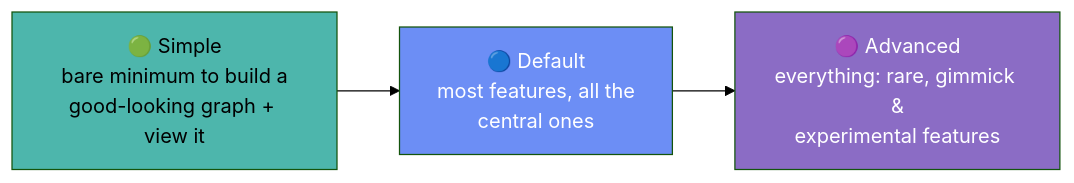
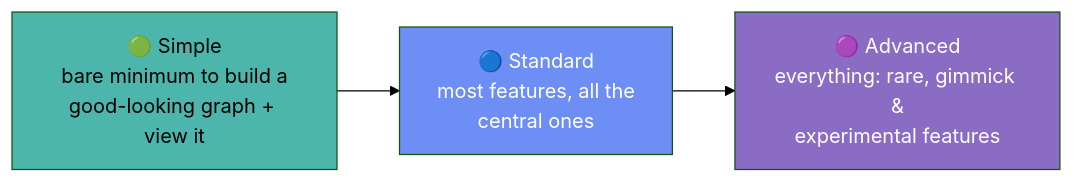
Before and after one commit to TommyChan6/ModernFamilyTree: diagram 13 of 16 in docs/temp-client-structure.md, drawn with Mermaid (forest theme). The commit also changed other lines of this file, not shown here.

````diff
--- a/docs/temp-client-structure.md
+++ b/docs/temp-client-structure.md
@@ -383,10 +402,10 @@
 ```mermaid
 flowchart LR
     S["🟢 Simple<br/>bare minimum to build a<br/>good-looking graph + view it"]
-    D["🔵 Default<br/>most features, all the<br/>central ones"]
+    D["🔵 Standard<br/>most features, all the<br/>central ones"]
     A["🟣 Advanced<br/>everything: rare, gimmick &<br/>experimental features"]
     S --> D --> A
     style S fill:#4db6ac,color:#000
     style D fill:#6c8ef5,color:#fff
     style A fill:#8b6cc5,color:#fff
 ```
````
